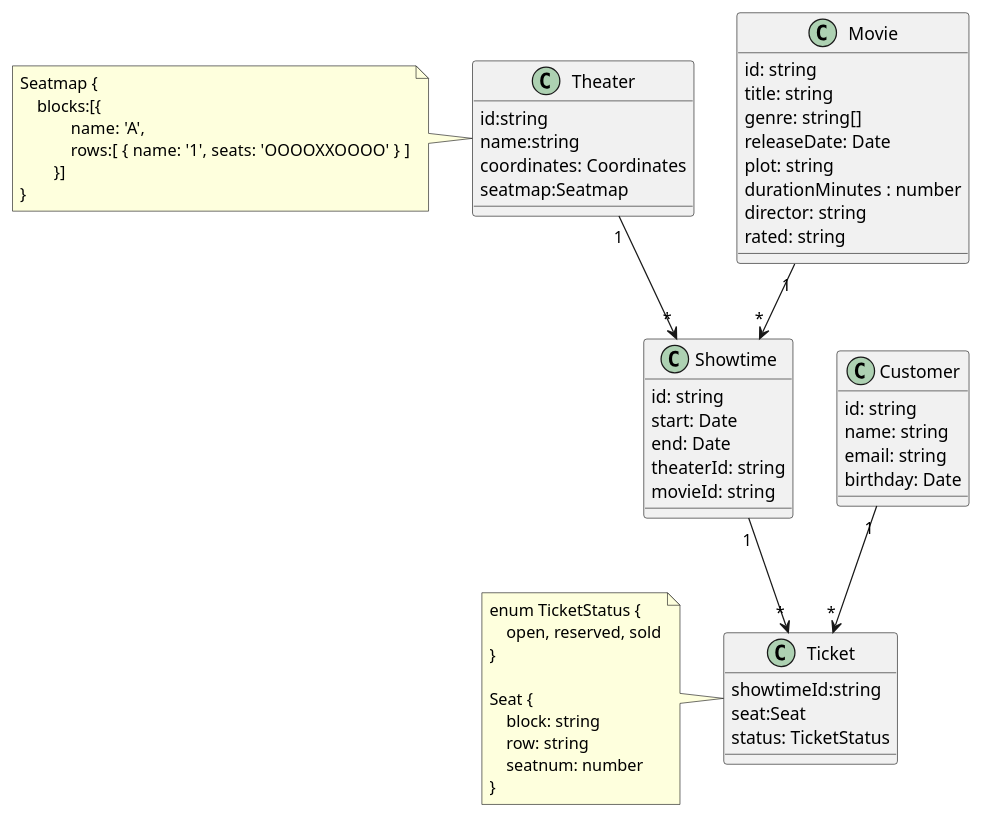
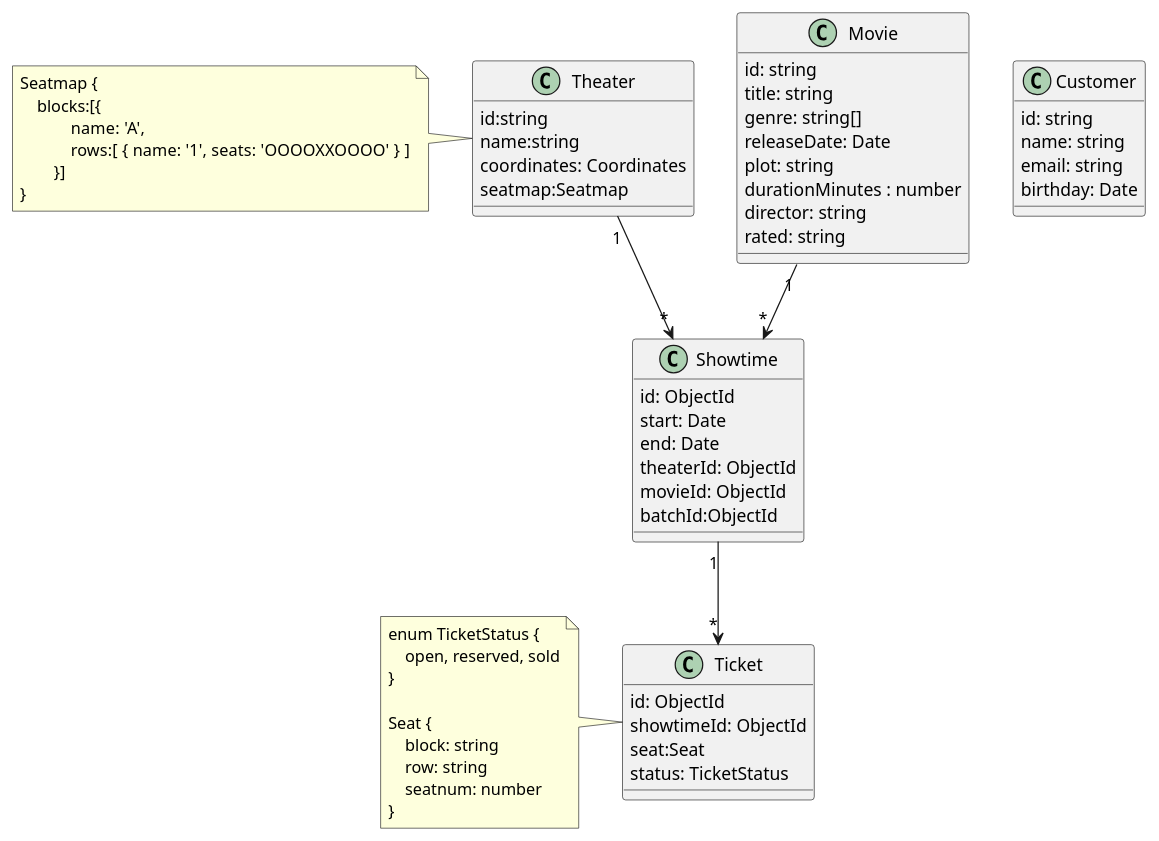
One commit to hunjuly/nest-seed changed the diagram in docs/entities.md. Above: the diagram before and after it, drawn with PlantUML. The commit also changed 21 other files, not shown here.

````diff
--- a/docs/entities.md
+++ b/docs/entities.md
@@ -19,67 +19,68 @@
 ```plantuml
 @startuml
 class Customer {
     id: string
     name: string
     email: string
     birthday: Date
 }
 
 class Movie {
     id: string
     title: string
     genre: string[]
     releaseDate: Date
     plot: string
     durationMinutes : number
     director: string
     rated: string
 }
 
 class Theater{
     id:string
     name:string
     coordinates: Coordinates
     seatmap:Seatmap
 }
 note left
 Seatmap {
     blocks:[{
             name: 'A',
             rows:[ {  name: '1', seats: 'OOOOXXOOOO' } ]
         }]
 }
 end note
 
 class Showtime {
-    id: string
+    id: ObjectId
     start: Date
     end: Date
-    theaterId: string
-    movieId: string
+    theaterId: ObjectId
+    movieId: ObjectId
+    batchId:ObjectId
 }
 
 class Ticket {
-    showtimeId:string
+    id: ObjectId
+    showtimeId: ObjectId
     seat:Seat
     status: TicketStatus
 }
 
 note left
 enum TicketStatus {
     open, reserved, sold
 }
 
 Seat {
     block: string
     row: string
     seatnum: number
 }
 end note
 
 Showtime "1" --> "*" Ticket
 Movie "1" --> "*" Showtime
 Theater "1" --> "*" Showtime
-Customer "1" --> "*" Ticket
 @enduml
 ```
````
